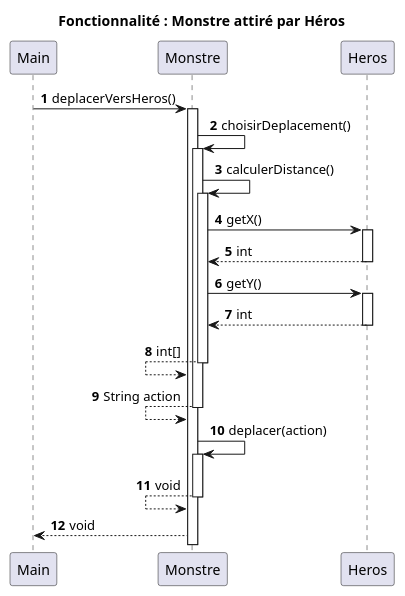
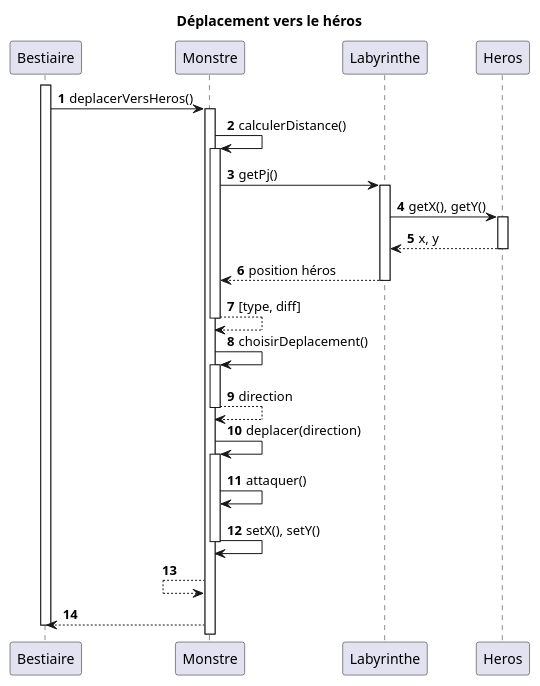
Before and after one commit to crochetremi/2025_Zeldiablo2_e20157u_e82008u_e89209u_e26078u: the diagram in documents/version_3/DS_MonstresAttiresParHeros.puml, drawn with PlantUML. The commit also changed 3 other files, not shown here.

Commit message:
diagramme sequence

```diff
--- a/documents/version_3/DS_MonstresAttiresParHeros.puml
+++ b/documents/version_3/DS_MonstresAttiresParHeros.puml
@@ -1,41 +1,43 @@
 @startuml
-'https://plantuml.com/sequence-diagram
-title Fonctionnalité : Monstre attiré par Héros
+title Déplacement vers le héros
+
 autonumber
 
-Main -> Monstre : deplacerVersHeros()
-activate Monstre
+Participant "Bestiaire" as bestiaire
+Participant "Monstre" as monstre
+Participant "Labyrinthe" as laby
+Participant "Heros" as heros
 
-Monstre -> Monstre : choisirDeplacement()
-activate Monstre
+activate bestiaire
+bestiaire -> monstre : deplacerVersHeros()
+activate monstre
 
+monstre -> monstre : calculerDistance()
+activate monstre
+monstre -> laby : getPj()
+activate laby
+laby -> heros : getX(), getY()
+activate heros
+heros --> laby : x, y
+deactivate heros
+laby --> monstre : position héros
+deactivate laby
+monstre --> monstre : [type, diff]
+deactivate monstre
 
-Monstre -> Monstre : calculerDistance()
-activate Monstre
+monstre -> monstre : choisirDeplacement()
+activate monstre
+monstre --> monstre : direction
+deactivate monstre
 
-Monstre -> Heros : getX()
-activate Heros
-Monstre <-- Heros : int
-deactivate Heros
+monstre -> monstre : deplacer(direction)
+activate monstre
 
-Monstre -> Heros : getY()
-activate Heros
-Monstre <-- Heros : int
-deactivate Heros
+monstre -> monstre : attaquer()
+monstre -> monstre : setX(), setY()
 
-Monstre <-- Monstre: int[]
-deactivate Monstre
-Monstre <-- Monstre : String action
-
-deactivate Monstre
-
-Monstre -> Monstre: deplacer(action)
-activate Monstre
-Monstre <-- Monstre: void
-
-
-deactivate Monstre
-
-Main <-- Monstre : void
-
+deactivate monstre
+monstre <-- monstre
+monstre --> bestiaire
+deactivate bestiaire
 @enduml
```
